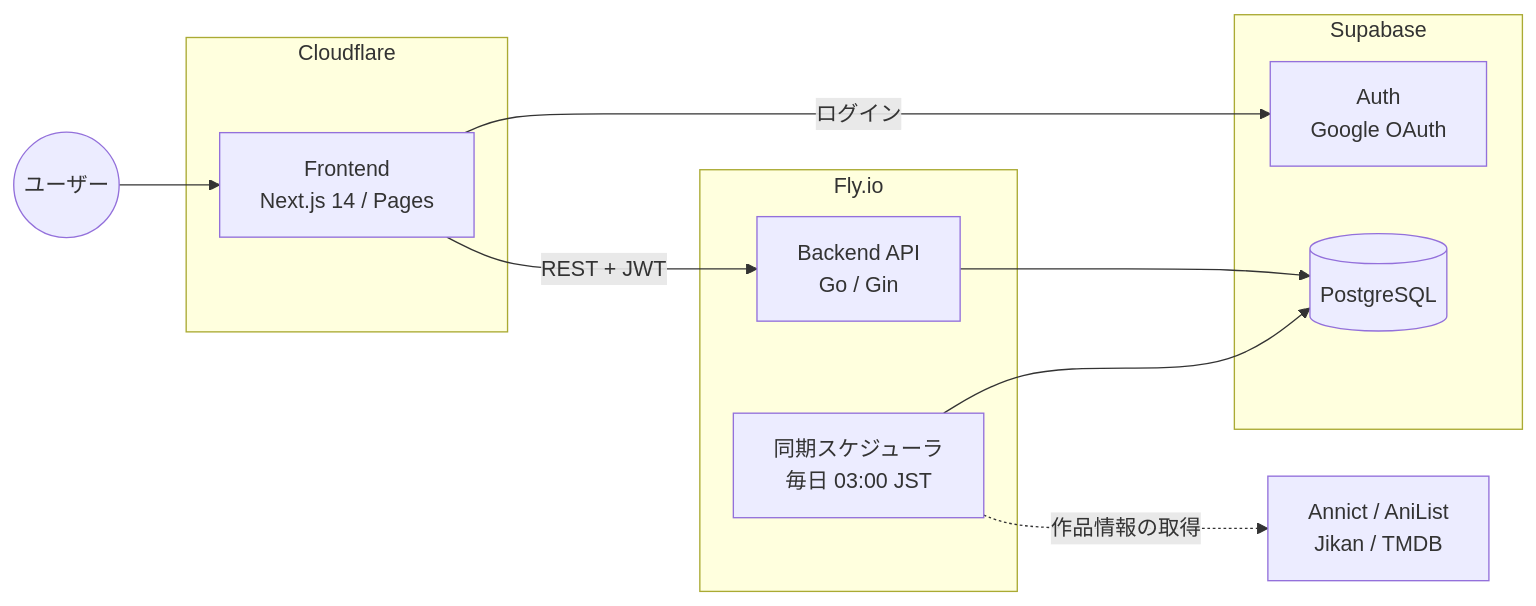
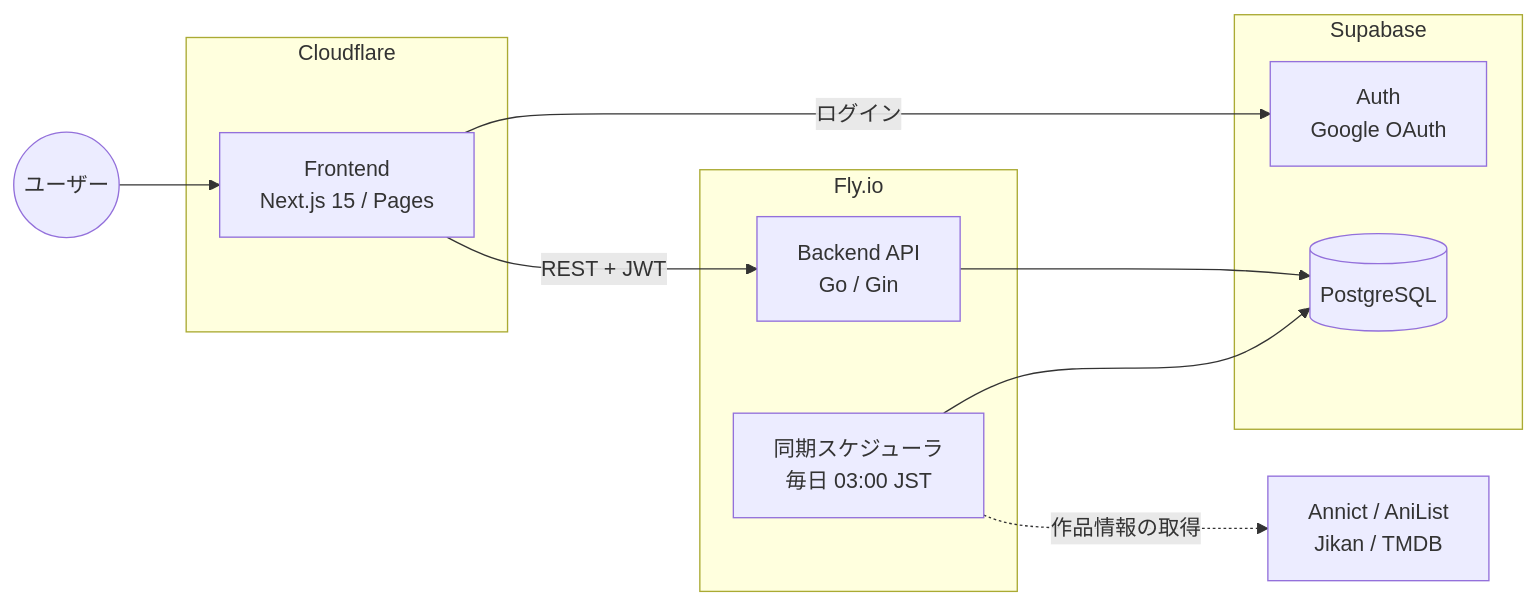
Before and after one commit to Action0358/MyAnimeLogs: the first of 2 diagrams in README.md, drawn with Mermaid. The commit also changed other lines of this file and 2 other files, not shown here.

First line of the commit message:
docs: Next.js / React のバージョン表記を更新する

````diff
--- a/README.md
+++ b/README.md
@@ -39,24 +39,24 @@
 ```mermaid
 flowchart LR
     User((ユーザー)) --> FE
 
     subgraph CF["Cloudflare"]
-        FE["Frontend<br/>Next.js 14 / Pages"]
+        FE["Frontend<br/>Next.js 15 / Pages"]
     end
 
     subgraph Fly["Fly.io"]
         BE["Backend API<br/>Go / Gin"]
         SCH["同期スケジューラ<br/>毎日 03:00 JST"]
     end
 
     subgraph SB["Supabase"]
         AUTH["Auth<br/>Google OAuth"]
         DB[("PostgreSQL")]
     end
 
     FE -- "ログイン" --> AUTH
     FE -- "REST + JWT" --> BE
     BE --> DB
     SCH --> DB
     SCH -. "作品情報の取得" .-> EXT["Annict / AniList<br/>Jikan / TMDB"]
 ```
````
